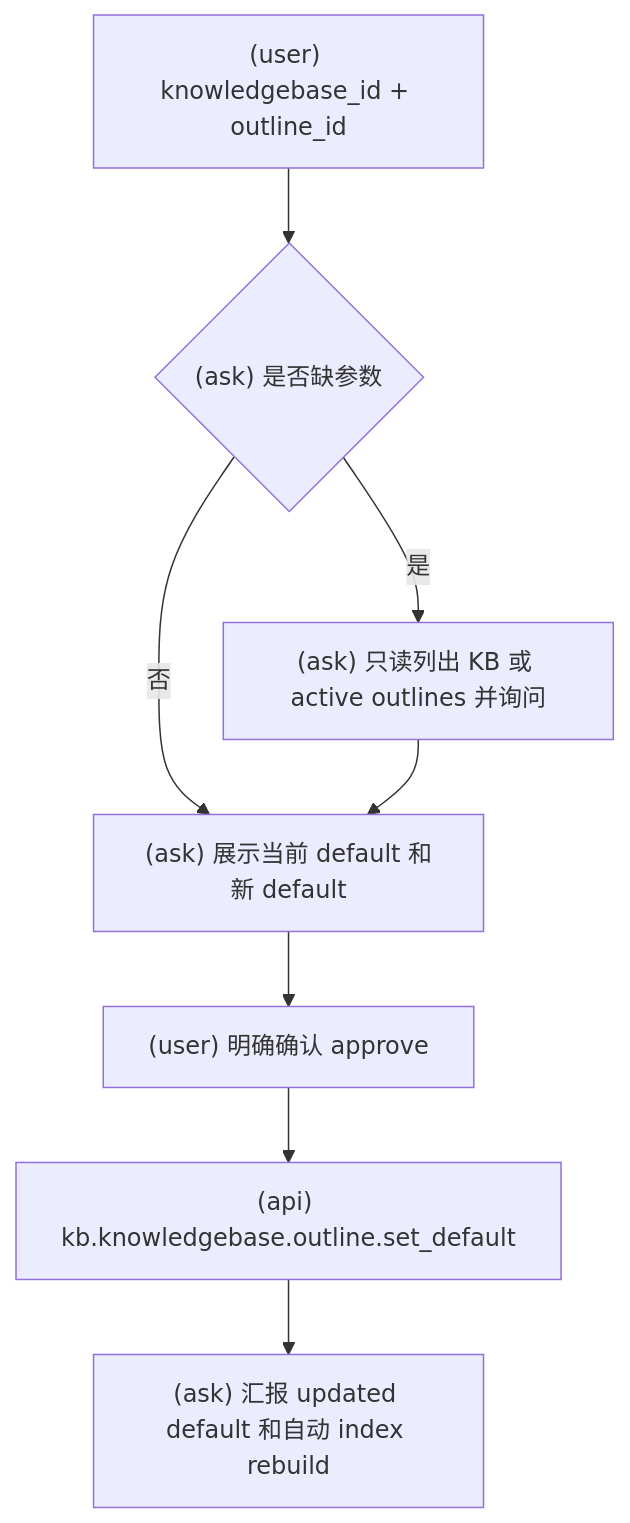
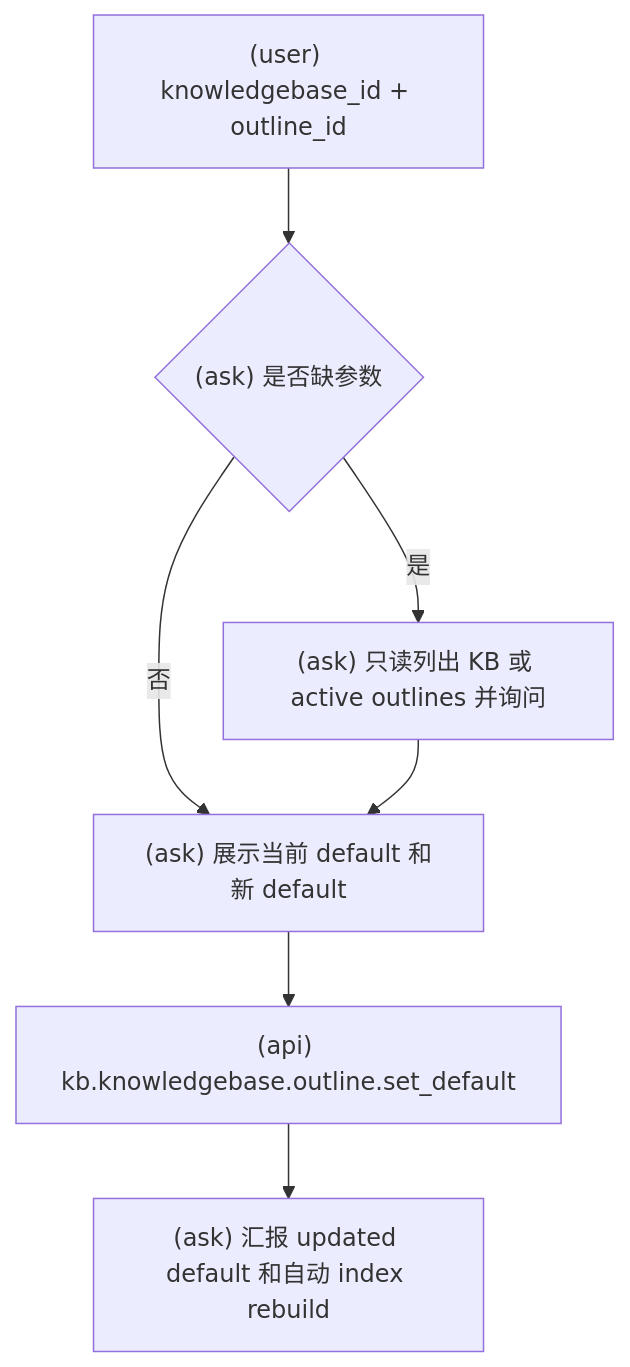
One commit to srangerme/KBManager changed the fifth of 6 diagrams in skills/kbm-kb/SKILL.md. Above: the diagram before and after it, drawn with Mermaid. The commit also changed other lines of this file and 48 other files, not shown here.

````diff
--- a/skills/kbm-kb/SKILL.md
+++ b/skills/kbm-kb/SKILL.md
@@ -133,10 +134,9 @@
 ```mermaid
 flowchart TD
   A["(user) knowledgebase_id + outline_id"] --> B{"(ask) 是否缺参数"}
   B -- 是 --> C["(ask) 只读列出 KB 或 active outlines 并询问"]
   B -- 否 --> D["(ask) 展示当前 default 和新 default"]
   C --> D
-  D --> E["(user) 明确确认 approve"]
-  E --> F["(api) kb.knowledgebase.outline.set_default"]
-  F --> G["(ask) 汇报 updated default 和自动 index rebuild"]
+  D --> E["(api) kb.knowledgebase.outline.set_default"]
+  E --> G["(ask) 汇报 updated default 和自动 index rebuild"]
 ```
````
